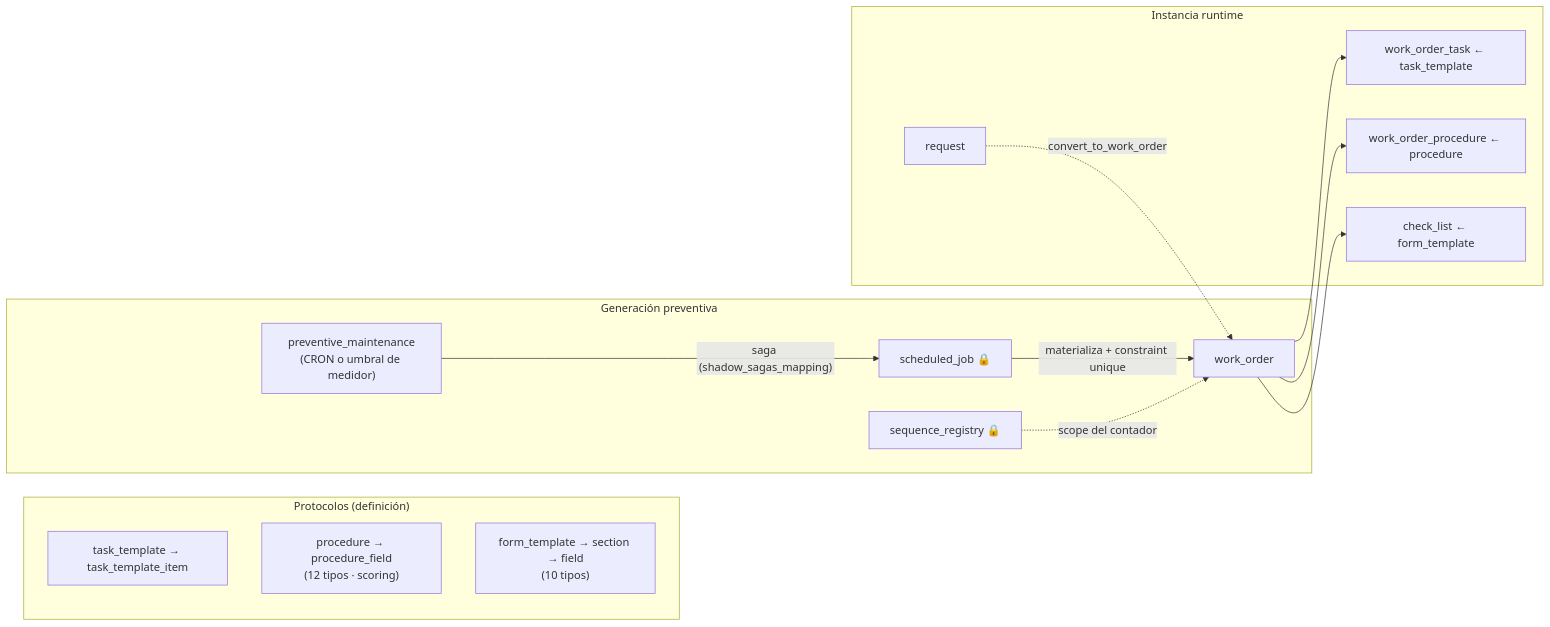
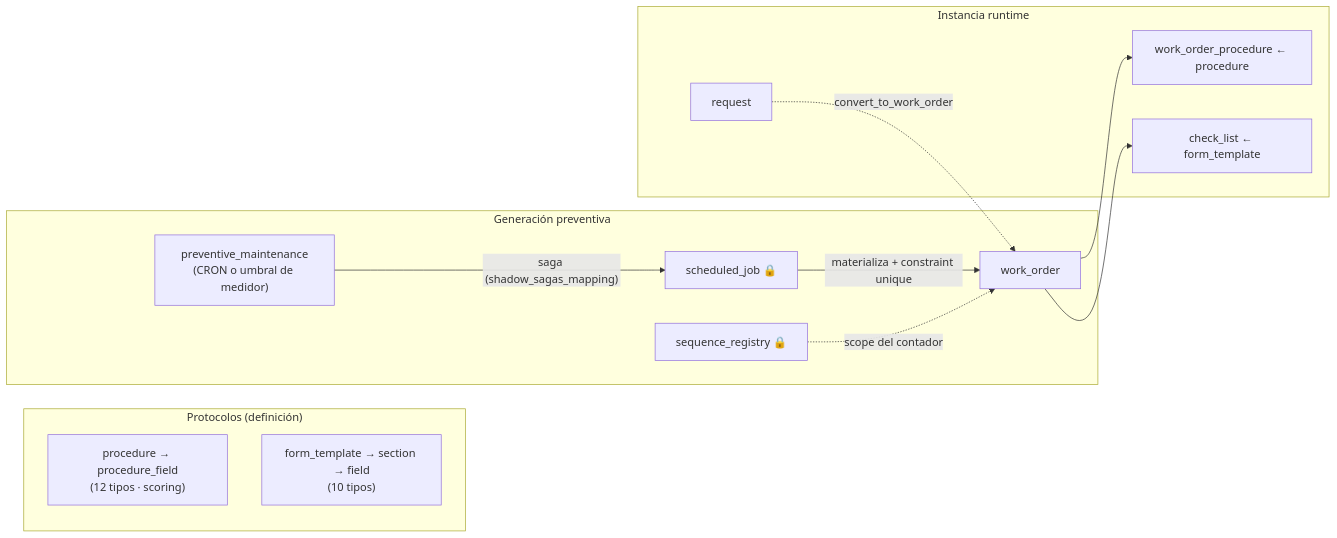
The third of 5 diagrams in docs/reference/diagrama-modelo-datos.md (metritechnology/metri-engine), drawn with Mermaid before and after one commit. The commit also changed other lines of this file and 8 other files, not shown here.

First line of the commit message:
refactor(modelos): retirar task_template — los procedimientos son el único protocolo

````diff
--- a/docs/reference/diagrama-modelo-datos.md
+++ b/docs/reference/diagrama-modelo-datos.md
@@ -133,22 +127,20 @@
 ```mermaid
 flowchart LR
     subgraph DEFS["Protocolos (definición)"]
-        TT["task_template → task_template_item"]
         PR["procedure → procedure_field<br/>(12 tipos · scoring)"]
         FT["form_template → section → field<br/>(10 tipos)"]
     end
 
     subgraph GEN["Generación preventiva"]
         PM["preventive_maintenance<br/>(CRON o umbral de medidor)"]
         PM -->|"saga (shadow_sagas_mapping)"| SJ["scheduled_job 🔒"]
         SJ -->|"materializa + constraint unique"| WO2["work_order"]
         SEQ["sequence_registry 🔒"] -.->|"scope del contador"| WO2
     end
 
     subgraph RUN["Instancia runtime"]
-        WO2 --> TASK2["work_order_task ← task_template"]
         WO2 --> WPR2["work_order_procedure ← procedure"]
         WO2 --> CL2["check_list ← form_template"]
         REQ2["request"] -.->|"convert_to_work_order"| WO2
     end
 ```
````
